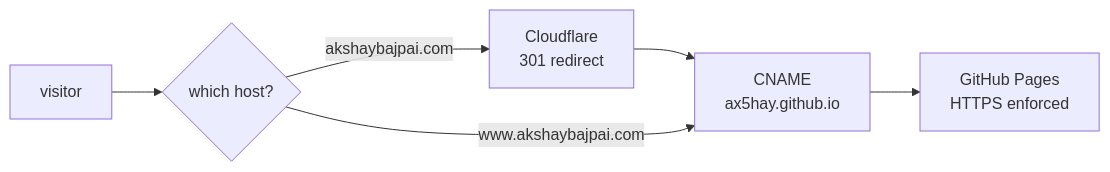
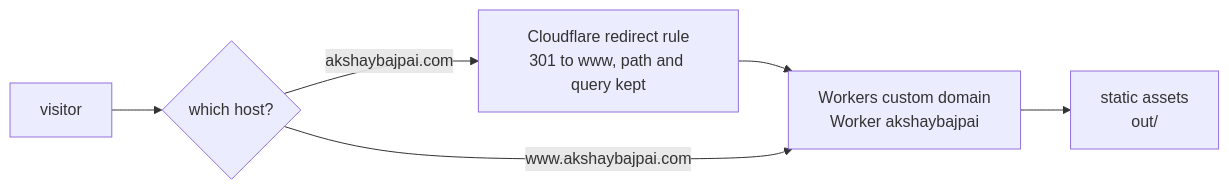
The second of 2 diagrams in DEPLOYMENT.md (ax5hay/akshaybajpai.com), drawn with Mermaid before and after one commit. The commit also changed other lines of this file and 7 other files, not shown here.

````diff
--- a/DEPLOYMENT.md
+++ b/DEPLOYMENT.md
@@ -190,8 +175,8 @@
 ```mermaid
 flowchart LR
   V["visitor"] --> A{"which host?"}
-  A -->|"akshaybajpai.com"| CF["Cloudflare<br/>301 redirect"]
-  CF --> WWW
-  A -->|"www.akshaybajpai.com"| WWW["CNAME<br/>ax5hay.github.io"]
-  WWW --> GH["GitHub Pages<br/>HTTPS enforced"]
+  A -->|"akshaybajpai.com"| R["Cloudflare redirect rule<br/>301 to www, path and query kept"]
+  R --> WWW
+  A -->|"www.akshaybajpai.com"| WWW["Workers custom domain<br/>Worker akshaybajpai"]
+  WWW --> ASSETS["static assets<br/>out/"]
 ```
````
